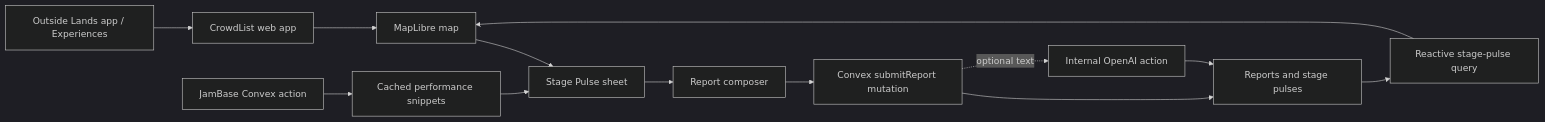
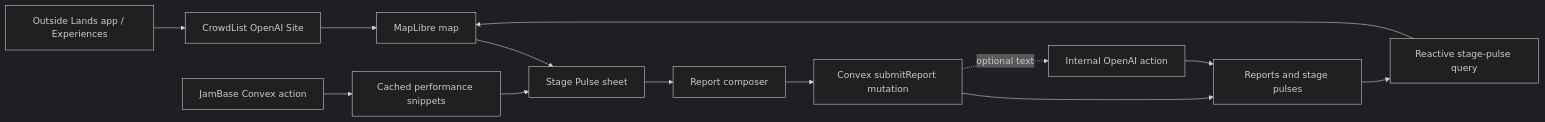
One commit to appley/crowdlist changed the diagram in docs/product-spec.md. Above: the diagram before and after it, drawn with Mermaid (dark theme). The commit also changed other lines of this file and 1 other file, not shown here.

Commit message:
docs: require OpenAI Sites deployment

````diff
--- a/docs/product-spec.md
+++ b/docs/product-spec.md
@@ -475,15 +511,15 @@
 ```mermaid
 flowchart LR
-    G[Outside Lands app / Experiences] --> W[CrowdList web app]
+    G[Outside Lands app / Experiences] --> W[CrowdList OpenAI Site]
     W --> M[MapLibre map]
     M --> S[Stage Pulse sheet]
     S --> R[Report composer]
     R --> U[Convex submitReport mutation]
     U --> D[Reports and stage pulses]
     D --> Q[Reactive stage-pulse query]
     Q --> M
     U -. optional text .-> O[Internal OpenAI action]
     O --> D
     J[JamBase Convex action] --> C[Cached performance snippets]
     C --> S
 ```
````
